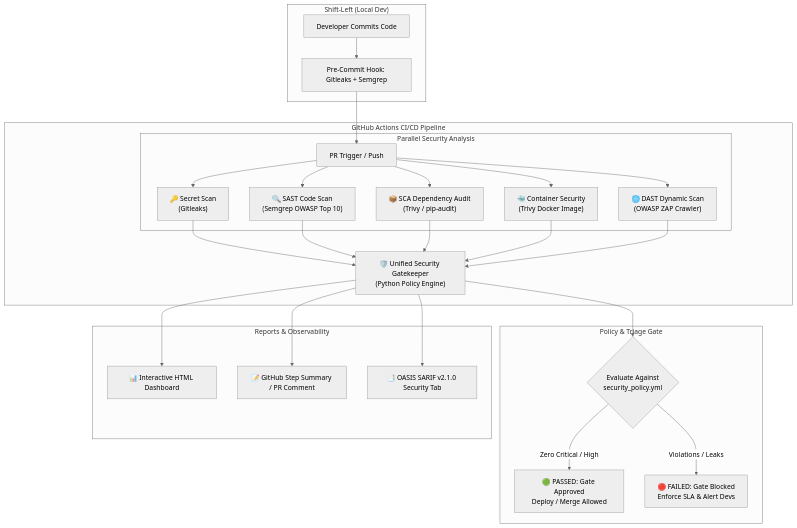
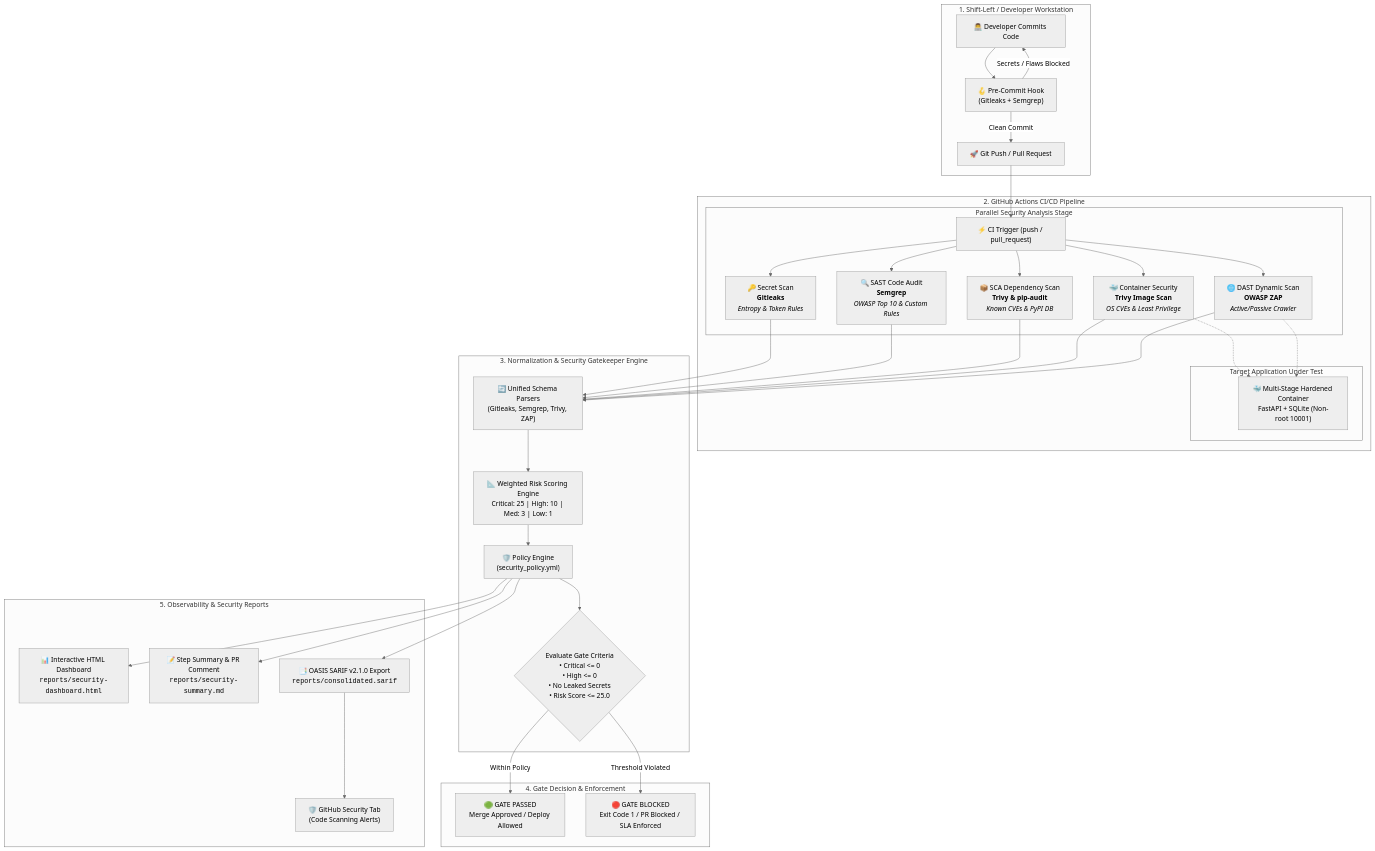
Before and after one commit to shsi1309-gif/devsec_project: the first of 2 diagrams in README.md, drawn with Mermaid (neutral theme). The commit also changed other lines of this file and 33 other files, not shown here.

````diff
--- a/README.md
+++ b/README.md
@@ -29,32 +48,48 @@
 ```mermaid
 flowchart TD
-    subgraph Developer ["Shift-Left (Local Dev)"]
-        DEV[Developer Commits Code] --> PRE[Pre-Commit Hook: Gitleaks + Semgrep]
+    %% Developer Tier
+    subgraph ShiftLeft ["1. Shift-Left / Developer Workstation"]
+        DEV["👨‍💻 Developer Commits Code"] --> PRE["🪝 Pre-Commit Hook<br>(Gitleaks + Semgrep)"]
+        PRE -- "Secrets / Flaws Blocked" --> DEV
+        PRE -- "Clean Commit" --> GIT_PUSH["🚀 Git Push / Pull Request"]
     end
 
-    subgraph GitHubActions ["GitHub Actions CI/CD Pipeline"]
-        PRE --> CI[PR Trigger / Push]
+    %% CI/CD Pipeline Tier
+    subgraph CICD ["2. GitHub Actions CI/CD Pipeline"]
+        GIT_PUSH --> CI_TRIGGER["⚡ CI Trigger (push / pull_request)"]
         
-        subgraph ParallelScans ["Parallel Security Analysis"]
-            CI --> S1["🔑 Secret Scan<br>(Gitleaks)"]
-            CI --> S2["🔍 SAST Code Scan<br>(Semgrep OWASP Top 10)"]
-            CI --> S3["📦 SCA Dependency Audit<br>(Trivy / pip-audit)"]
-            CI --> S4["🐳 Container Security<br>(Trivy Docker Image)"]
-            CI --> S5["🌐 DAST Dynamic Scan<br>(OWASP ZAP Crawler)"]
+        subgraph ParallelScans ["Parallel Security Analysis Stage"]
+            CI_TRIGGER --> S1["🔑 Secret Scan<br><b>Gitleaks</b><br><i>Entropy & Token Rules</i>"]
+            CI_TRIGGER --> S2["🔍 SAST Code Audit<br><b>Semgrep</b><br><i>OWASP Top 10 & Custom Rules</i>"]
+            CI_TRIGGER --> S3["📦 SCA Dependency Scan<br><b>Trivy & pip-audit</b><br><i>Known CVEs & PyPI DB</i>"]
+            CI_TRIGGER --> S4["🐳 Container Security<br><b>Trivy Image Scan</b><br><i>OS CVEs & Least Privilege</i>"]
+            CI_TRIGGER --> S5["🌐 DAST Dynamic Scan<br><b>OWASP ZAP</b><br><i>Active/Passive Crawler</i>"]
         end
 
-        S1 & S2 & S3 & S4 & S5 --> AGG["🛡️ Unified Security Gatekeeper<br>(Python Policy Engine)"]
+        subgraph TargetRuntime ["Target Application Under Test"]
+            S4 & S5 -.-> APP_DOCKER["🐳 Multi-Stage Hardened Container<br>FastAPI + SQLite (Non-root 10001)"]
+        end
     end
 
-    subgraph GatekeeperDecision ["Policy & Triage Gate"]
-        AGG --> GATE{"Evaluate Against<br>security_policy.yml"}
-        GATE -- "Zero Critical / High" --> PASS["🟢 PASSED: Gate Approved<br>Deploy / Merge Allowed"]
-        GATE -- "Violations / Leaks" --> FAIL["🔴 FAILED: Gate Blocked<br>Enforce SLA & Alert Devs"]
+    %% Engine & Gatekeeper Tier
+    subgraph EngineTier ["3. Normalization & Security Gatekeeper Engine"]
+        S1 & S2 & S3 & S4 & S5 --> PARSER["🔄 Unified Schema Parsers<br>(Gitleaks, Semgrep, Trivy, ZAP)"]
+        PARSER --> RISK_ENGINE["📐 Weighted Risk Scoring Engine<br>Critical: 25 | High: 10 | Med: 3 | Low: 1"]
+        RISK_ENGINE --> POLICY_EVAL["🛡️ Policy Engine<br>(security_policy.yml)"]
+        
+        POLICY_EVAL --> GATE_DECISION{"Evaluate Gate Criteria<br>• Critical <= 0<br>• High <= 0<br>• No Leaked Secrets<br>• Risk Score <= 25.0"}
     end
 
-    subgraph Outputs ["Reports & Observability"]
-        AGG --> D1["📊 Interactive HTML Dashboard"]
-        AGG --> D2["📝 GitHub Step Summary / PR Comment"]
-        AGG --> D3["📑 OASIS SARIF v2.1.0 Security Tab"]
+    %% Decision & Output Tier
+    subgraph GateOutcome ["4. Gate Decision & Enforcement"]
+        GATE_DECISION -- "Within Policy" --> PASS["🟢 GATE PASSED<br>Merge Approved / Deploy Allowed"]
+        GATE_DECISION -- "Threshold Violated" --> FAIL["🔴 GATE BLOCKED<br>Exit Code 1 / PR Blocked / SLA Enforced"]
+    end
+
+    subgraph Observability ["5. Observability & Security Reports"]
+        POLICY_EVAL --> REP_HTML["📊 Interactive HTML Dashboard<br><code>reports/security-dashboard.html</code>"]
+        POLICY_EVAL --> REP_MD["📝 Step Summary & PR Comment<br><code>reports/security-summary.md</code>"]
+        POLICY_EVAL --> REP_SARIF["📑 OASIS SARIF v2.1.0 Export<br><code>reports/consolidated.sarif</code>"]
+        REP_SARIF --> GH_SEC["🛡️ GitHub Security Tab<br>(Code Scanning Alerts)"]
     end
 ```
````
